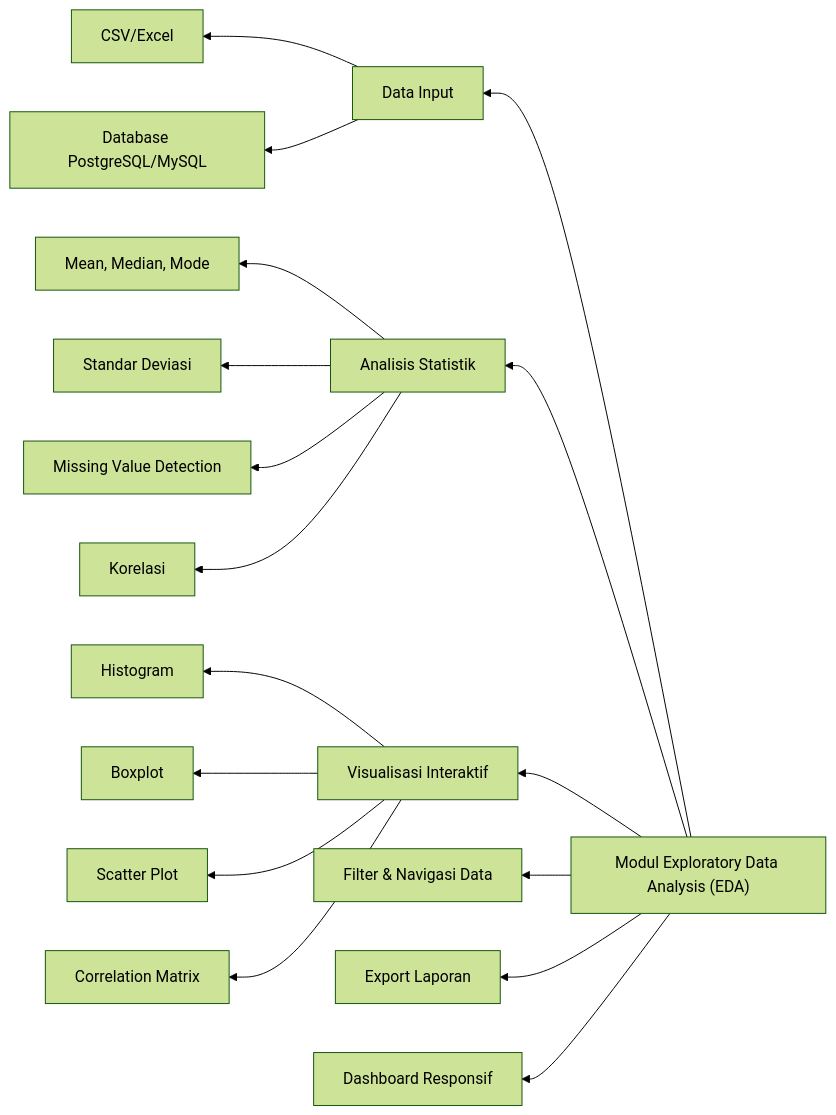
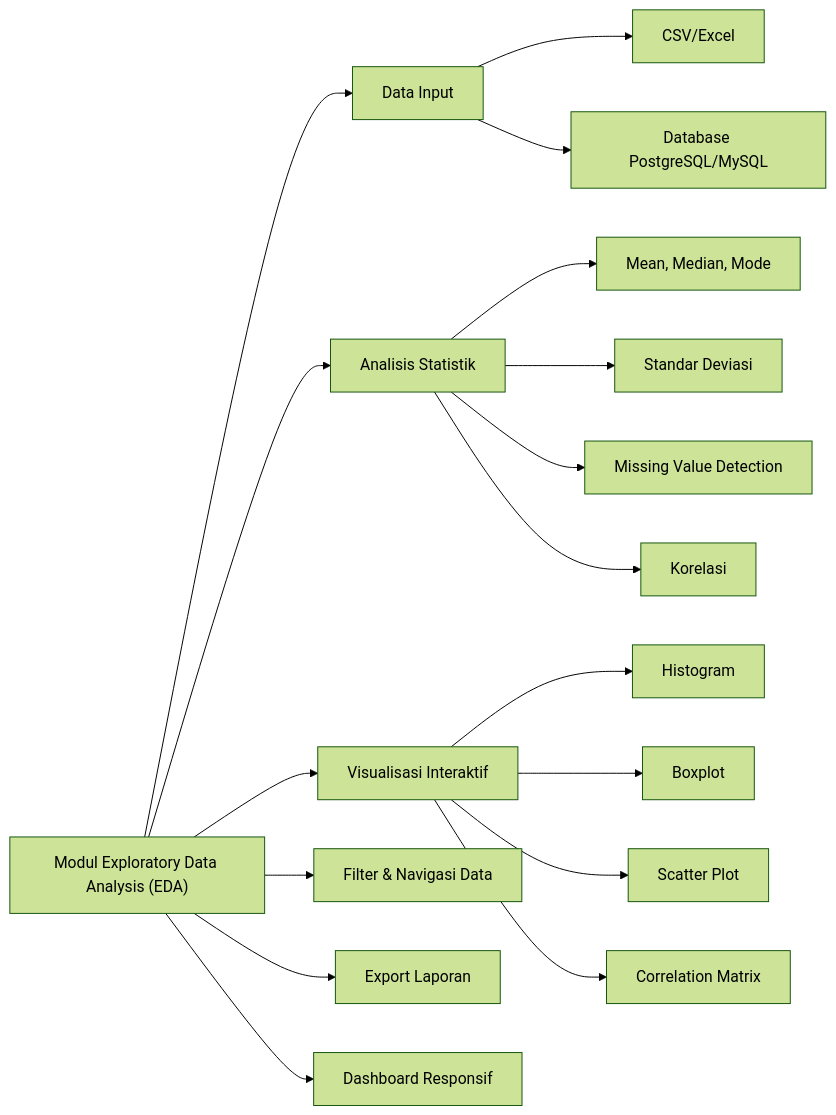
One commit to mrbrightsides/rantai-exploda changed the diagram in README.md. Above: the diagram before and after it, drawn with Mermaid (forest theme).

Commit message:
Change graph direction from RL to LR
Updated graph direction in EDA module diagram.

````diff
--- a/README.md
+++ b/README.md
@@ -29,22 +29,22 @@
 ```mermaid
-graph RL
+graph LR
     A["Modul Exploratory Data Analysis (EDA)"] --> B["Data Input"]
     A --> C["Analisis Statistik"]
     A --> D["Visualisasi Interaktif"]
     A --> E["Filter & Navigasi Data"]
     A --> F["Export Laporan"]
     A --> G["Dashboard Responsif"]
 
     B --> B1["CSV/Excel"]
     B --> B2["Database PostgreSQL/MySQL"]
 
     C --> C1["Mean, Median, Mode"]
     C --> C2["Standar Deviasi"]
     C --> C3["Missing Value Detection"]
     C --> C4["Korelasi"]
 
     D --> D1["Histogram"]
     D --> D2["Boxplot"]
     D --> D3["Scatter Plot"]
     D --> D4["Correlation Matrix"]
 ```
````
